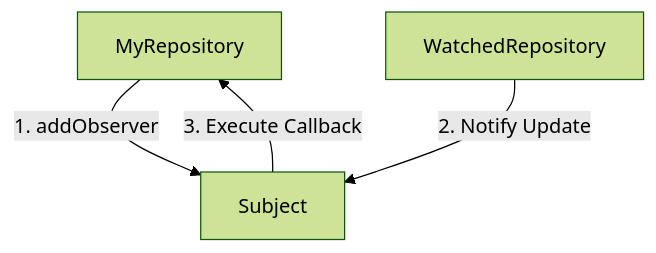
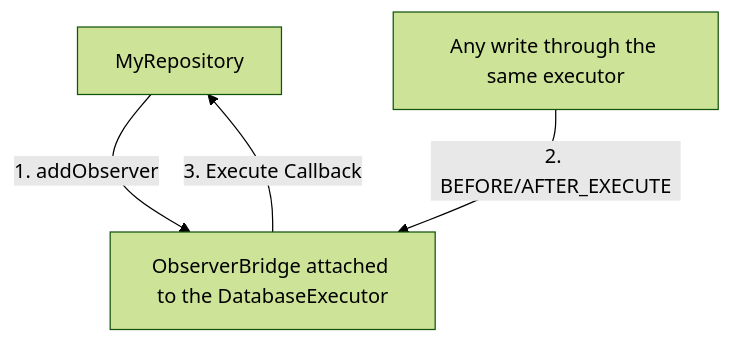
The diagram in docs/observers.md (byjg/php-micro-orm), drawn with Mermaid (forest theme) before and after one commit. The commit also changed other lines of this file and 35 other files, not shown here.

First line of the commit message:
Rewire observers on top of the anydataset-db 7.0 DatabaseExecutor observer

````diff
--- a/docs/observers.md
+++ b/docs/observers.md
@@ -9,6 +16,6 @@
 ```mermaid
 flowchart TD
-    A[MyRepository] --> |1. addObserver| B[Subject]
-    C[WatchedRepository] --> |2. Notify Update| B
+    A[MyRepository] --> |1. addObserver| B[ObserverBridge attached to the DatabaseExecutor]
+    C[Any write through the same executor] --> |2. BEFORE/AFTER_EXECUTE| B
     B --> |3. Execute Callback| A
 ```
````
